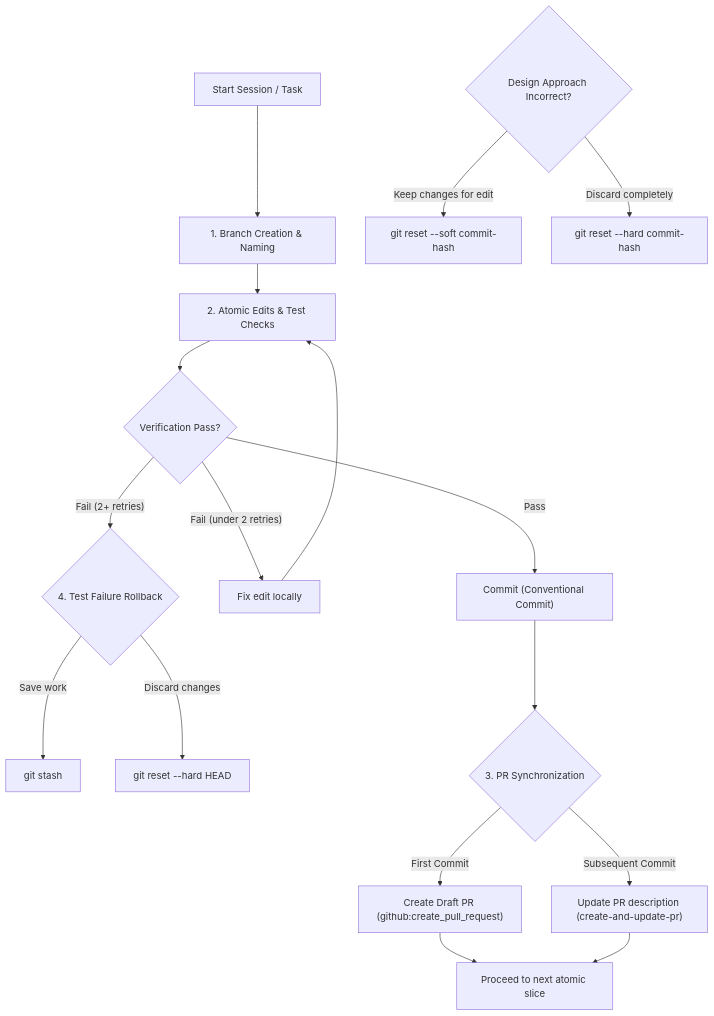
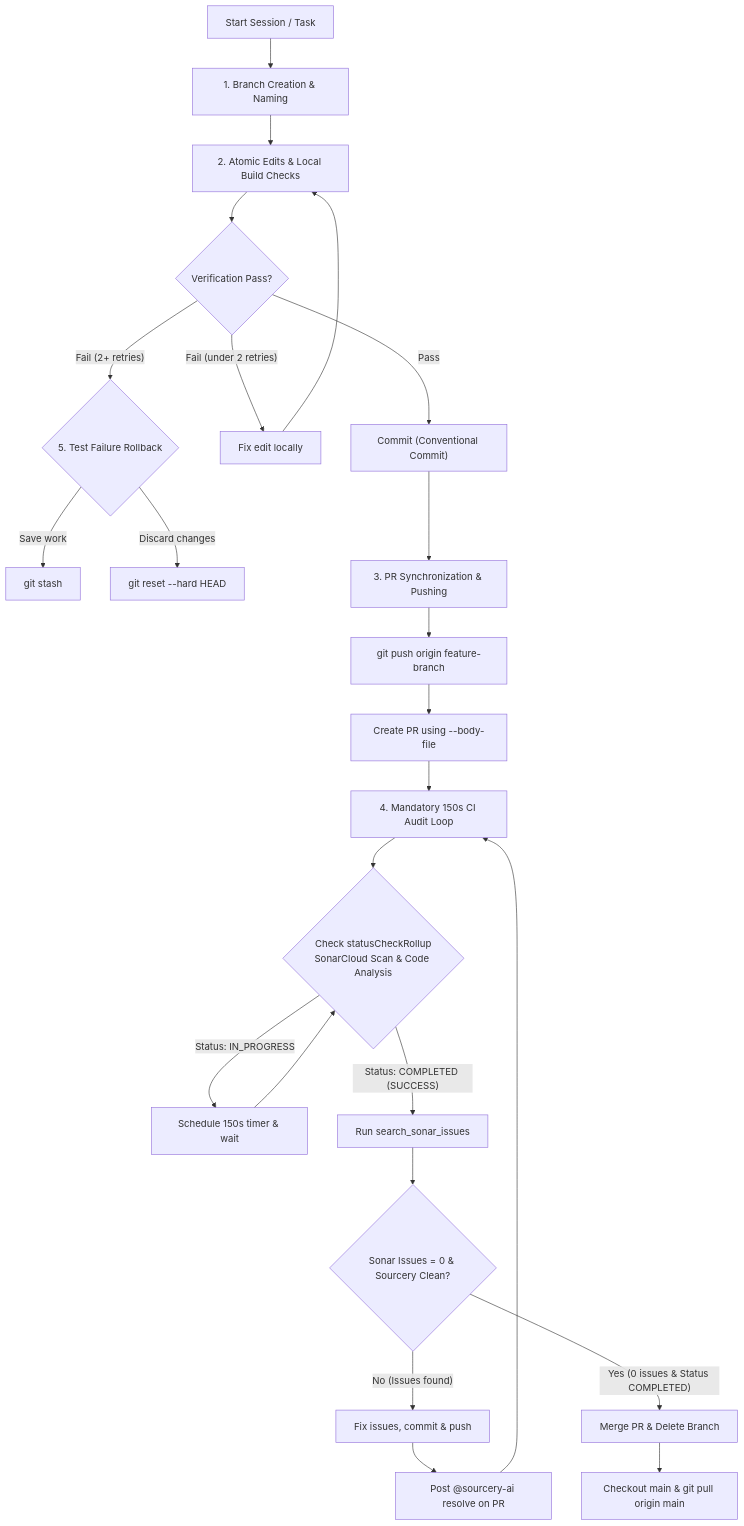
The diagram in .agents/skills/git-lifecycle-management/SKILL.md (loerei/YumeShelf), drawn with Mermaid before and after one commit. The commit also changed other lines of this file, not shown here.

Commit message:
docs(skills): update git-lifecycle-management skill with 2-step CI gate check rules

````diff
--- a/.agents/skills/git-lifecycle-management/SKILL.md
+++ b/.agents/skills/git-lifecycle-management/SKILL.md
@@ -26,19 +31,30 @@
 ```mermaid
 flowchart TD
     Start["Start Session / Task"] --> Branch["1. Branch Creation & Naming"]
-    Branch --> Edit["2. Atomic Edits & Test Checks"]
+    Branch --> Edit["2. Atomic Edits & Local Build Checks"]
     Edit --> Verify{"Verification Pass?"}
     Verify -->|"Pass"| Commit["Commit (Conventional Commit)"]
     Verify -->|"Fail (under 2 retries)"| FixEdit["Fix edit locally"]
     FixEdit --> Edit
-    Verify -->|"Fail (2+ retries)"| RollbackTest{"4. Test Failure Rollback"}
+    Verify -->|"Fail (2+ retries)"| RollbackTest{"5. Test Failure Rollback"}
     RollbackTest -->|"Save work"| Stash["git stash"]
     RollbackTest -->|"Discard changes"| ResetHard["git reset --hard HEAD"]
-    DesignPivot{"Design Approach Incorrect?"} -->|"Keep changes for edit"| ResetSoft["git reset --soft commit-hash"]
-    DesignPivot -->|"Discard completely"| ResetHardPath["git reset --hard commit-hash"]
-    Commit --> PRSync{"3. PR Synchronization"}
-    PRSync -->|"First Commit"| CreatePR["Create Draft PR (github:create_pull_request)"]
-    PRSync -->|"Subsequent Commit"| UpdatePR["Update PR description (create-and-update-pr)"]
-    CreatePR --> NextTask["Proceed to next atomic slice"]
-    UpdatePR --> NextTask
+    
+    Commit --> PRSync["3. PR Synchronization & Pushing"]
+    PRSync --> Push["git push origin feature-branch"]
+    Push --> CreatePR["Create PR using --body-file"]
+    
+    CreatePR --> TimerLoop["4. Mandatory 150s CI Audit Loop"]
+    TimerLoop --> WaitCI{"Check statusCheckRollup<br/>SonarCloud Scan & Code Analysis"}
+    WaitCI -->|"Status: IN_PROGRESS"| SleepTimer["Schedule 150s timer & wait"]
+    SleepTimer --> WaitCI
+    WaitCI -->|"Status: COMPLETED (SUCCESS)"| QuerySonar["Run search_sonar_issues"]
+    
+    QuerySonar --> IssuesCheck{"Sonar Issues = 0 & Sourcery Clean?"}
+    IssuesCheck -->|"No (Issues found)"| FixIssues["Fix issues, commit & push"]
+    FixIssues --> CommentResolve["Post @sourcery-ai resolve on PR"]
+    CommentResolve --> TimerLoop
+    
+    IssuesCheck -->|"Yes (0 issues & Status COMPLETED)"| MergePR["Merge PR & Delete Branch"]
+    MergePR --> ReturnMain["Checkout main & git pull origin main"]
 ```
````
